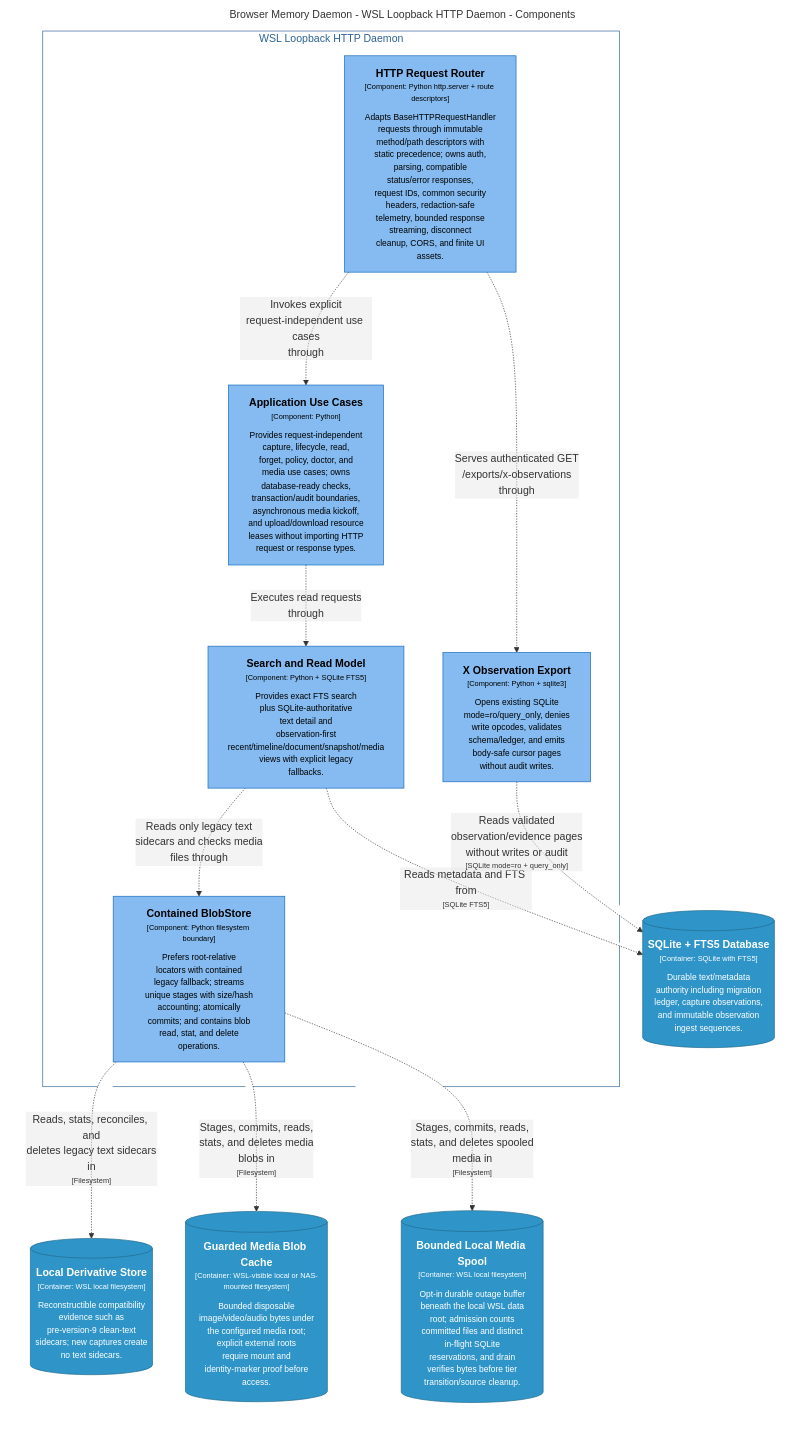
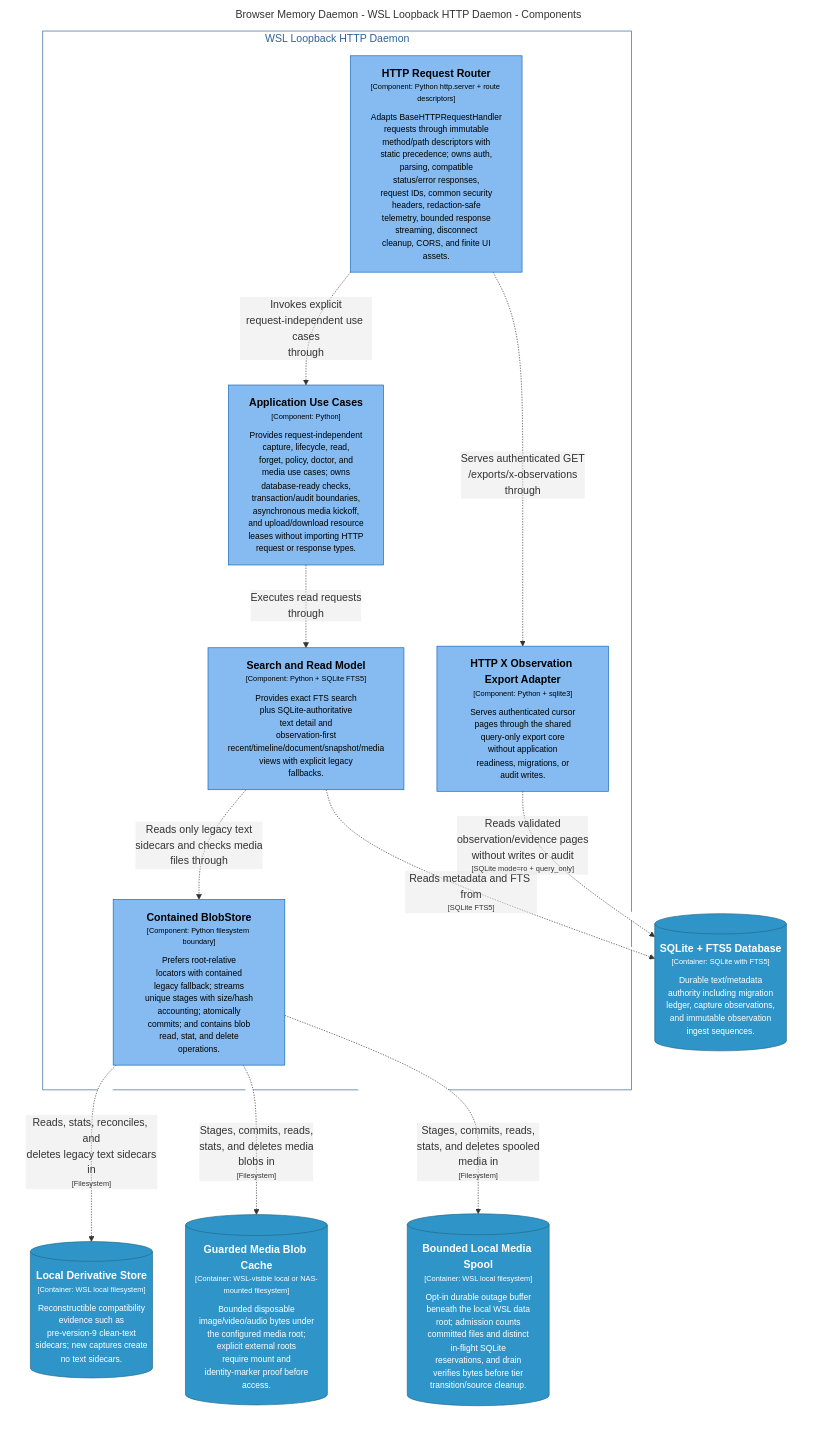
The diagram in docs/architecture/diagrams/markdown/DaemonReadComponents.md (michaelnicks0/browser-memory-daemon), drawn with Mermaid before and after one commit. The commit also changed 269 other files, not shown here.

Commit message:
docs: reconcile late architecture audit findings

````diff
--- a/docs/architecture/diagrams/markdown/DaemonReadComponents.md
+++ b/docs/architecture/diagrams/markdown/DaemonReadComponents.md
@@ -16,42 +16,42 @@
 ```mermaid
 graph LR
   linkStyle default fill:#ffffff
 
   subgraph diagram ["Browser Memory Daemon - WSL Loopback HTTP Daemon - Components"]
     style diagram fill:#ffffff,stroke:#ffffff
 
-    49[("<div style='font-weight: bold'>SQLite + FTS5 Database</div><div style='font-size: 70%; margin-top: 0px'>[Container: SQLite with FTS5]</div><div style='font-size: 80%; margin-top:10px'>Durable text/metadata<br />authority including migration<br />ledger, capture observations,<br />and immutable observation<br />ingest sequences.</div>")]
-    style 49 fill:#2f95c8,stroke:#20688c,color:#ffffff
-    50[("<div style='font-weight: bold'>Local Derivative Store</div><div style='font-size: 70%; margin-top: 0px'>[Container: WSL local filesystem]</div><div style='font-size: 80%; margin-top:10px'>Reconstructible compatibility<br />evidence such as<br />pre-version-9 clean-text<br />sidecars; new captures create<br />no text sidecars.</div>")]
-    style 50 fill:#2f95c8,stroke:#20688c,color:#ffffff
-    51[("<div style='font-weight: bold'>Guarded Media Blob Cache</div><div style='font-size: 70%; margin-top: 0px'>[Container: WSL-visible local or NAS-mounted filesystem]</div><div style='font-size: 80%; margin-top:10px'>Bounded disposable<br />image/video/audio bytes under<br />the configured media root;<br />explicit external roots<br />require mount and<br />identity-marker proof before<br />access.</div>")]
-    style 51 fill:#2f95c8,stroke:#20688c,color:#ffffff
-    52[("<div style='font-weight: bold'>Bounded Local Media Spool</div><div style='font-size: 70%; margin-top: 0px'>[Container: WSL local filesystem]</div><div style='font-size: 80%; margin-top:10px'>Opt-in durable outage buffer<br />beneath the local WSL data<br />root; admission counts<br />committed files and distinct<br />in-flight SQLite<br />reservations, and drain<br />verifies bytes before tier<br />transition/source cleanup.</div>")]
-    style 52 fill:#2f95c8,stroke:#20688c,color:#ffffff
+    57[("<div style='font-weight: bold'>SQLite + FTS5 Database</div><div style='font-size: 70%; margin-top: 0px'>[Container: SQLite with FTS5]</div><div style='font-size: 80%; margin-top:10px'>Durable text/metadata<br />authority including migration<br />ledger, capture observations,<br />and immutable observation<br />ingest sequences.</div>")]
+    style 57 fill:#2f95c8,stroke:#20688c,color:#ffffff
+    58[("<div style='font-weight: bold'>Local Derivative Store</div><div style='font-size: 70%; margin-top: 0px'>[Container: WSL local filesystem]</div><div style='font-size: 80%; margin-top:10px'>Reconstructible compatibility<br />evidence such as<br />pre-version-9 clean-text<br />sidecars; new captures create<br />no text sidecars.</div>")]
+    style 58 fill:#2f95c8,stroke:#20688c,color:#ffffff
+    59[("<div style='font-weight: bold'>Guarded Media Blob Cache</div><div style='font-size: 70%; margin-top: 0px'>[Container: WSL-visible local or NAS-mounted filesystem]</div><div style='font-size: 80%; margin-top:10px'>Bounded disposable<br />image/video/audio bytes under<br />the configured media root;<br />explicit external roots<br />require mount and<br />identity-marker proof before<br />access.</div>")]
+    style 59 fill:#2f95c8,stroke:#20688c,color:#ffffff
+    60[("<div style='font-weight: bold'>Bounded Local Media Spool</div><div style='font-size: 70%; margin-top: 0px'>[Container: WSL local filesystem]</div><div style='font-size: 80%; margin-top:10px'>Opt-in durable outage buffer<br />beneath the local WSL data<br />root; admission counts<br />committed files and distinct<br />in-flight SQLite<br />reservations, and drain<br />verifies bytes before tier<br />transition/source cleanup.</div>")]
+    style 60 fill:#2f95c8,stroke:#20688c,color:#ffffff
 
-    subgraph 22 ["WSL Loopback HTTP Daemon"]
-      style 22 fill:#ffffff,stroke:#2e6295,color:#2e6295
+    subgraph 23 ["WSL Loopback HTTP Daemon"]
+      style 23 fill:#ffffff,stroke:#2e6295,color:#2e6295
 
-      23["<div style='font-weight: bold'>HTTP Request Router</div><div style='font-size: 70%; margin-top: 0px'>[Component: Python http.server + route descriptors]</div><div style='font-size: 80%; margin-top:10px'>Adapts BaseHTTPRequestHandler<br />requests through immutable<br />method/path descriptors with<br />static precedence; owns auth,<br />parsing, compatible<br />status/error responses,<br />request IDs, common security<br />headers, redaction-safe<br />telemetry, bounded response<br />streaming, disconnect<br />cleanup, CORS, and finite UI<br />assets.</div>"]
-      style 23 fill:#85bbf0,stroke:#1168bd,color:#000000
-      24["<div style='font-weight: bold'>Application Use Cases</div><div style='font-size: 70%; margin-top: 0px'>[Component: Python]</div><div style='font-size: 80%; margin-top:10px'>Provides request-independent<br />capture, lifecycle, read,<br />forget, policy, doctor, and<br />media use cases; owns<br />database-ready checks,<br />transaction/audit boundaries,<br />asynchronous media kickoff,<br />and upload/download resource<br />leases without importing HTTP<br />request or response types.</div>"]
+      24["<div style='font-weight: bold'>HTTP Request Router</div><div style='font-size: 70%; margin-top: 0px'>[Component: Python http.server + route descriptors]</div><div style='font-size: 80%; margin-top:10px'>Adapts BaseHTTPRequestHandler<br />requests through immutable<br />method/path descriptors with<br />static precedence; owns auth,<br />parsing, compatible<br />status/error responses,<br />request IDs, common security<br />headers, redaction-safe<br />telemetry, bounded response<br />streaming, disconnect<br />cleanup, CORS, and finite UI<br />assets.</div>"]
       style 24 fill:#85bbf0,stroke:#1168bd,color:#000000
+      25["<div style='font-weight: bold'>Application Use Cases</div><div style='font-size: 70%; margin-top: 0px'>[Component: Python]</div><div style='font-size: 80%; margin-top:10px'>Provides request-independent<br />capture, lifecycle, read,<br />forget, policy, doctor, and<br />media use cases; owns<br />database-ready checks,<br />transaction/audit boundaries,<br />asynchronous media kickoff,<br />and upload/download resource<br />leases without importing HTTP<br />request or response types.</div>"]
+      style 25 fill:#85bbf0,stroke:#1168bd,color:#000000
       39["<div style='font-weight: bold'>Contained BlobStore</div><div style='font-size: 70%; margin-top: 0px'>[Component: Python filesystem boundary]</div><div style='font-size: 80%; margin-top:10px'>Prefers root-relative<br />locators with contained<br />legacy fallback; streams<br />unique stages with size/hash<br />accounting; atomically<br />commits; and contains blob<br />read, stat, and delete<br />operations.</div>"]
       style 39 fill:#85bbf0,stroke:#1168bd,color:#000000
       41["<div style='font-weight: bold'>Search and Read Model</div><div style='font-size: 70%; margin-top: 0px'>[Component: Python + SQLite FTS5]</div><div style='font-size: 80%; margin-top:10px'>Provides exact FTS search<br />plus SQLite-authoritative<br />text detail and<br />observation-first<br />recent/timeline/document/snapshot/media<br />views with explicit legacy<br />fallbacks.</div>"]
       style 41 fill:#85bbf0,stroke:#1168bd,color:#000000
-      42["<div style='font-weight: bold'>X Observation Export</div><div style='font-size: 70%; margin-top: 0px'>[Component: Python + sqlite3]</div><div style='font-size: 80%; margin-top:10px'>Opens existing SQLite<br />mode=ro/query_only, denies<br />write opcodes, validates<br />schema/ledger, and emits<br />body-safe cursor pages<br />without audit writes.</div>"]
+      42["<div style='font-weight: bold'>HTTP X Observation Export Adapter</div><div style='font-size: 70%; margin-top: 0px'>[Component: Python + sqlite3]</div><div style='font-size: 80%; margin-top:10px'>Serves authenticated cursor<br />pages through the shared<br />query-only export core<br />without application<br />readiness, migrations, or<br />audit writes.</div>"]
       style 42 fill:#85bbf0,stroke:#1168bd,color:#000000
     end
 
-    23-. "<div>Invokes explicit<br />request-independent use cases<br />through</div><div style='font-size: 70%'></div>" .->24
-    24-. "<div>Executes read requests<br />through</div><div style='font-size: 70%'></div>" .->41
-    23-. "<div>Serves authenticated GET<br />/exports/x-observations<br />through</div><div style='font-size: 70%'></div>" .->42
-    41-. "<div>Reads metadata and FTS from</div><div style='font-size: 70%'>[SQLite FTS5]</div>" .->49
-    42-. "<div>Reads validated<br />observation/evidence pages<br />without writes or audit</div><div style='font-size: 70%'>[SQLite mode=ro + query_only]</div>" .->49
+    24-. "<div>Invokes explicit<br />request-independent use cases<br />through</div><div style='font-size: 70%'></div>" .->25
+    25-. "<div>Executes read requests<br />through</div><div style='font-size: 70%'></div>" .->41
+    24-. "<div>Serves authenticated GET<br />/exports/x-observations<br />through</div><div style='font-size: 70%'></div>" .->42
+    41-. "<div>Reads metadata and FTS from</div><div style='font-size: 70%'>[SQLite FTS5]</div>" .->57
+    42-. "<div>Reads validated<br />observation/evidence pages<br />without writes or audit</div><div style='font-size: 70%'>[SQLite mode=ro + query_only]</div>" .->57
     41-. "<div>Reads only legacy text<br />sidecars and checks media<br />files through</div><div style='font-size: 70%'></div>" .->39
-    39-. "<div>Reads, stats, reconciles, and<br />deletes legacy text sidecars<br />in</div><div style='font-size: 70%'>[Filesystem]</div>" .->50
-    39-. "<div>Stages, commits, reads,<br />stats, and deletes media<br />blobs in</div><div style='font-size: 70%'>[Filesystem]</div>" .->51
-    39-. "<div>Stages, commits, reads,<br />stats, and deletes spooled<br />media in</div><div style='font-size: 70%'>[Filesystem]</div>" .->52
+    39-. "<div>Reads, stats, reconciles, and<br />deletes legacy text sidecars<br />in</div><div style='font-size: 70%'>[Filesystem]</div>" .->58
+    39-. "<div>Stages, commits, reads,<br />stats, and deletes media<br />blobs in</div><div style='font-size: 70%'>[Filesystem]</div>" .->59
+    39-. "<div>Stages, commits, reads,<br />stats, and deletes spooled<br />media in</div><div style='font-size: 70%'>[Filesystem]</div>" .->60
   end
 ```
````
